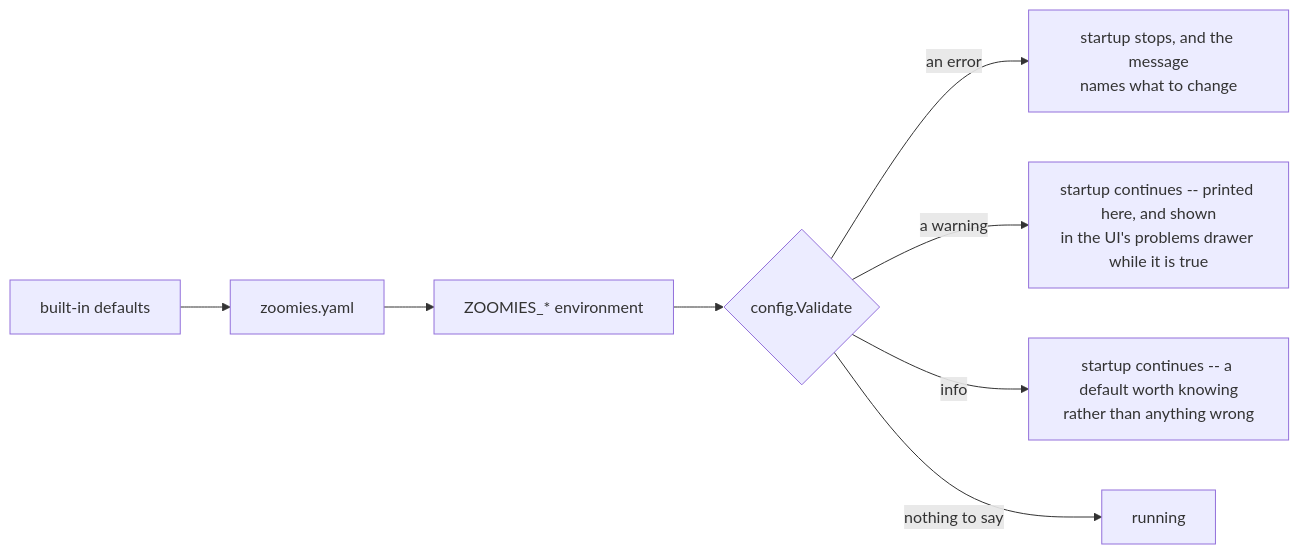
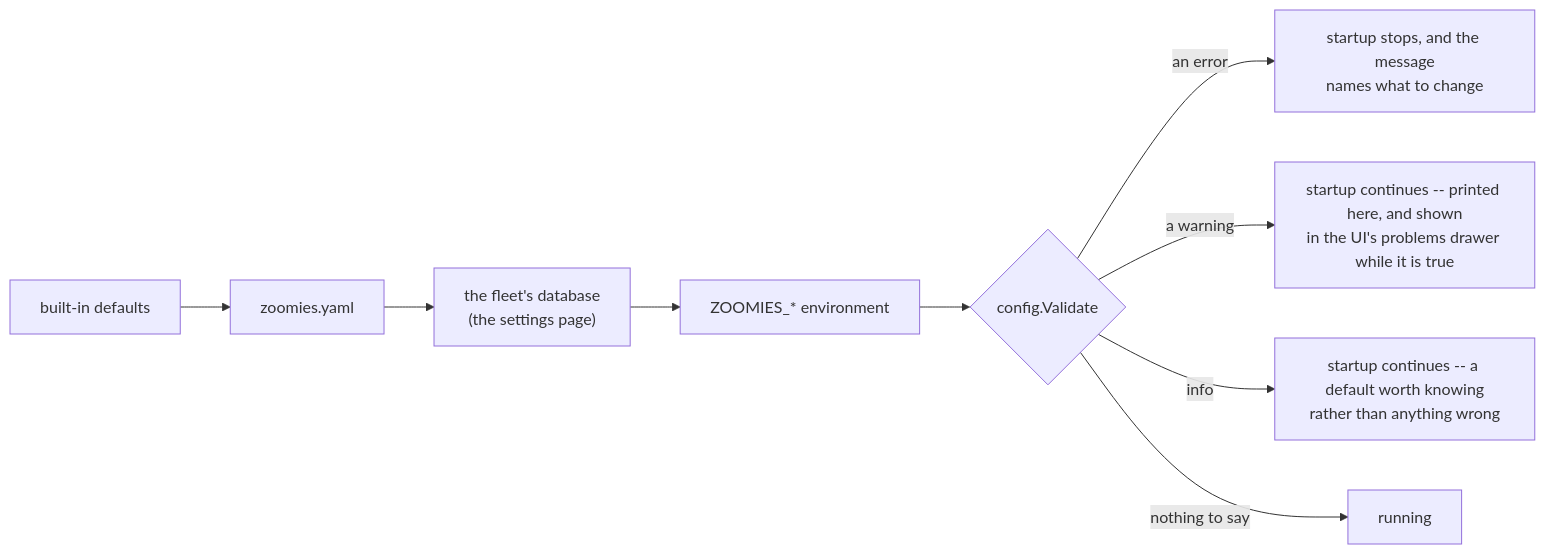
The diagram in docs/configuration.md (eyupio/zoomies), drawn with Mermaid before and after one commit. The commit also changed other lines of this file and 7 other files, not shown here.

````diff
--- a/docs/configuration.md
+++ b/docs/configuration.md
@@ -42,10 +23,11 @@
 ```mermaid
 flowchart LR
     d["built-in defaults"] --> f["zoomies.yaml"]
-    f --> e["ZOOMIES_* environment"]
+    f --> db["the fleet's database<br/>(the settings page)"]
+    db --> e["ZOOMIES_* environment"]
     e --> v{"config.Validate"}
     v -->|"an error"| stop["startup stops, and the message<br/>names what to change"]
     v -->|"a warning"| warn["startup continues -- printed here, and shown<br/>in the UI's problems drawer while it is true"]
     v -->|"info"| note["startup continues -- a default worth knowing<br/>rather than anything wrong"]
     v -->|"nothing to say"| ok["running"]
 ```
````
